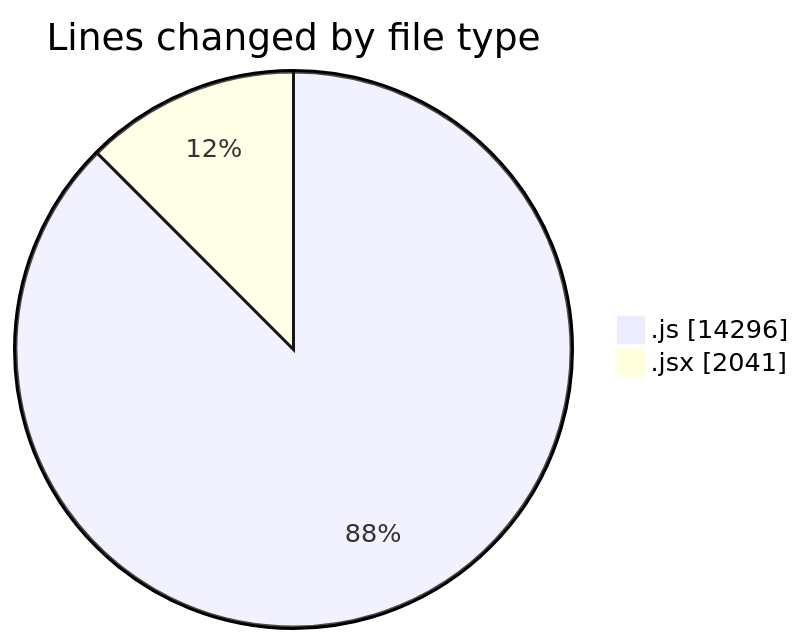
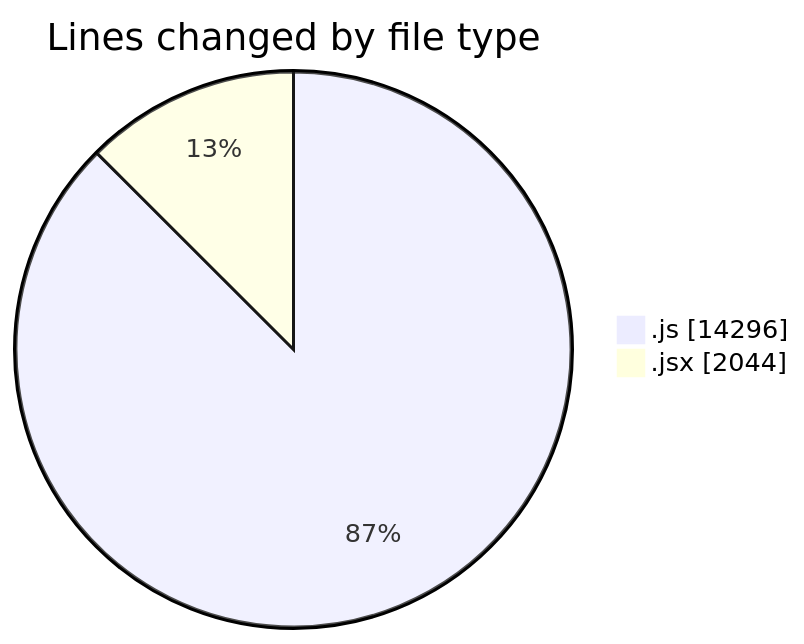
Before and after one commit to nxtqubesakshisongat/code-tracking: the first of 2 diagrams in 2025-10-01/nxtqube_webapp/README.md, drawn with Mermaid. The commit also changed other lines of this file and 1 other file, not shown here.

````diff
--- a/2025-10-01/nxtqube_webapp/README.md
+++ b/2025-10-01/nxtqube_webapp/README.md
@@ -22,6 +22,6 @@
 ```mermaid
 pie showData
 title Lines changed by file type
 ".js" : 14296
-".jsx" : 2041
+".jsx" : 2044
 ```
````
